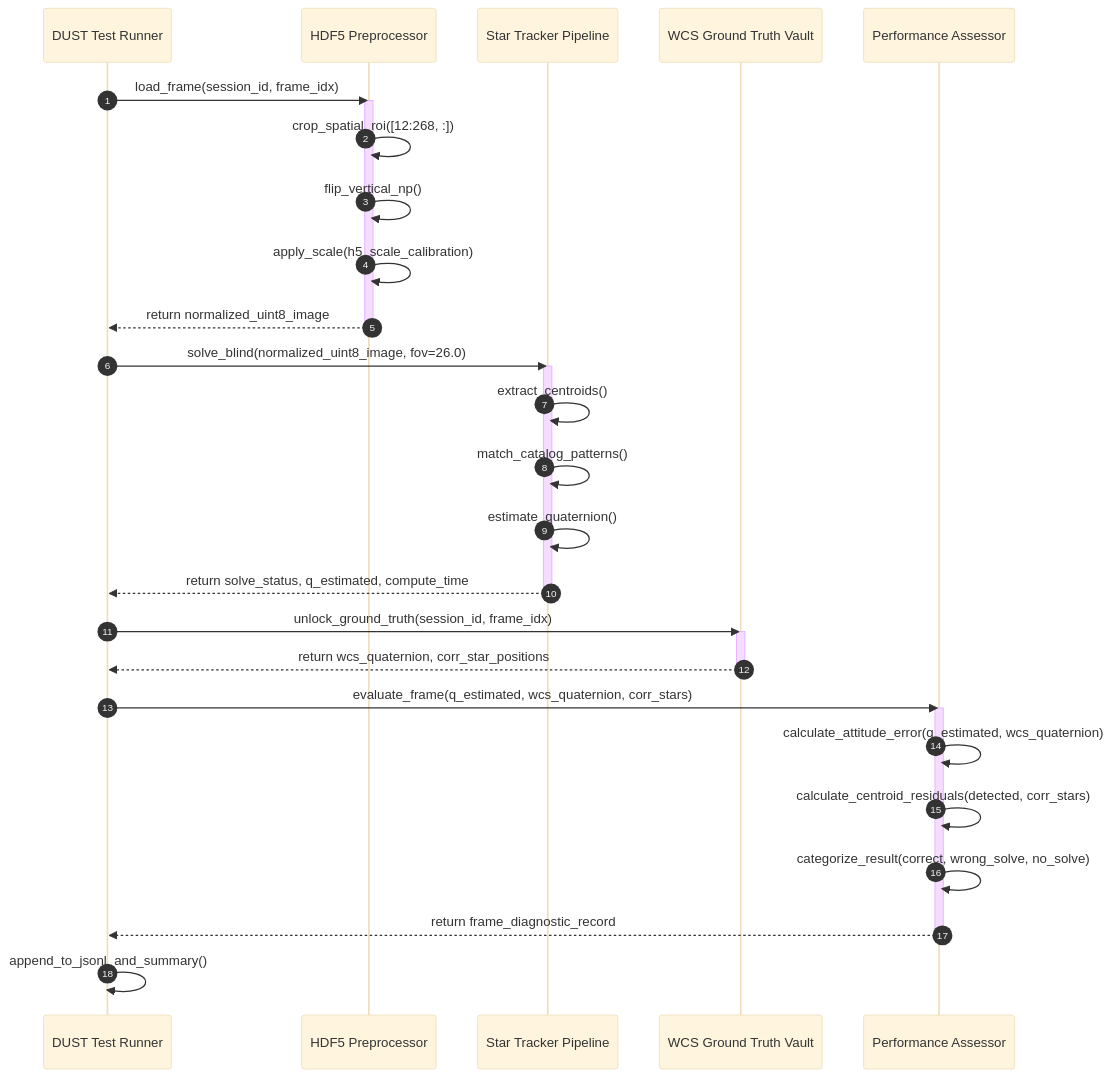
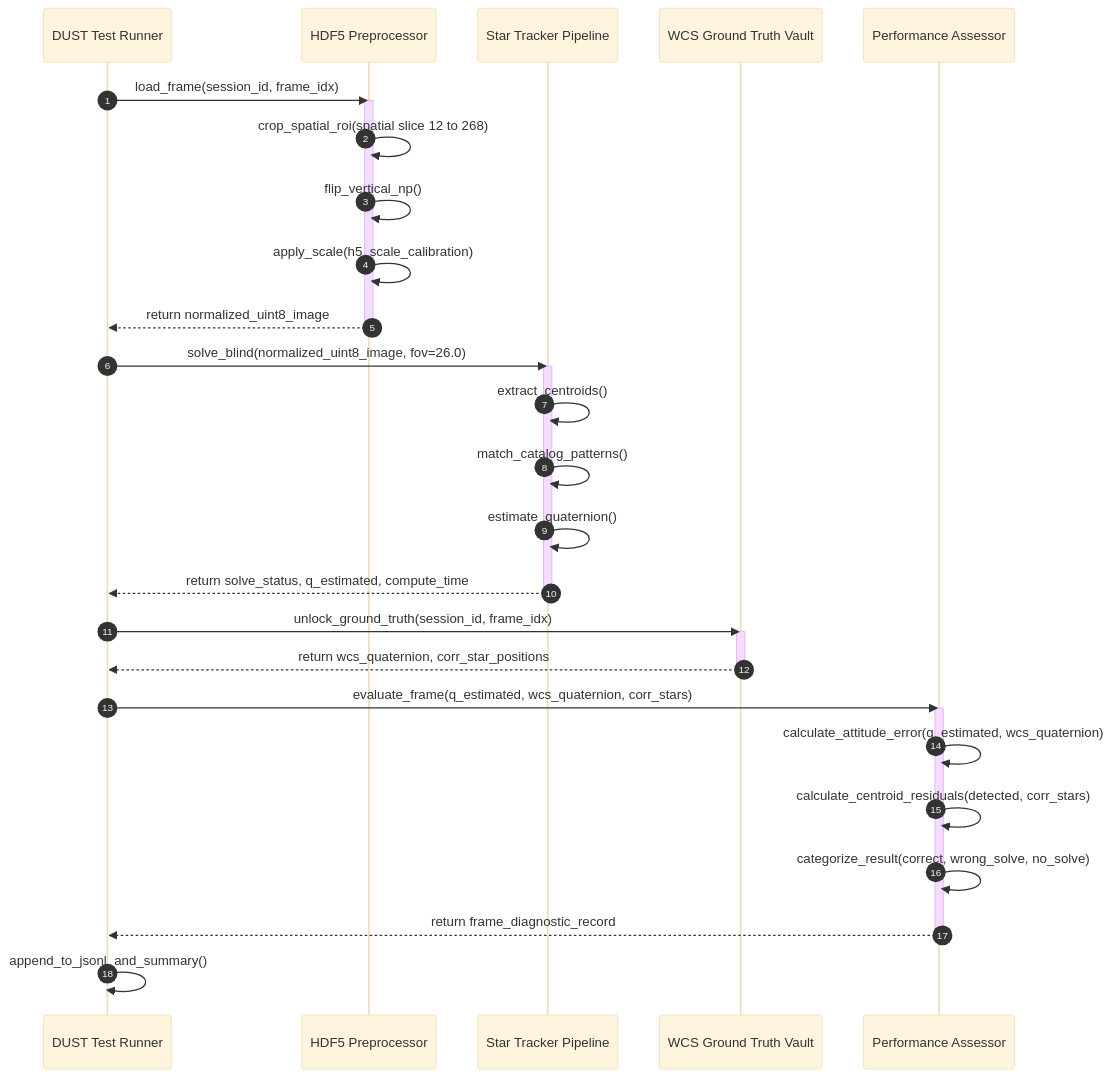
One commit to itschnmy/usseg_startracker changed the second of 3 diagrams in docs/04_sequence_diagrams.md. Above: the diagram before and after it, drawn with Mermaid (base theme). The commit also changed other lines of this file and 2 other files, not shown here.

Commit message:
fix: resolve mermaid syntax errors (angle brackets, cylinder syntax, and sequence brackets) across docs

````diff
--- a/docs/04_sequence_diagrams.md
+++ b/docs/04_sequence_diagrams.md
@@ -81,39 +81,39 @@
 ```mermaid
 sequenceDiagram
     autonumber
     participant Runner as DUST Test Runner
     participant Preproc as HDF5 Preprocessor
     participant Pipe as Star Tracker Pipeline
     participant Vault as WCS Ground Truth Vault
     participant Assessor as Performance Assessor
 
     Runner->>Preproc: load_frame(session_id, frame_idx)
     activate Preproc
-    Preproc->>Preproc: crop_spatial_roi([12:268, :])
+    Preproc->>Preproc: crop_spatial_roi(spatial slice 12 to 268)
     Preproc->>Preproc: flip_vertical_np()
     Preproc->>Preproc: apply_scale(h5_scale_calibration)
     Preproc-->>Runner: return normalized_uint8_image
     deactivate Preproc
 
     Runner->>Pipe: solve_blind(normalized_uint8_image, fov=26.0)
     activate Pipe
     Pipe->>Pipe: extract_centroids()
     Pipe->>Pipe: match_catalog_patterns()
     Pipe->>Pipe: estimate_quaternion()
     Pipe-->>Runner: return solve_status, q_estimated, compute_time
     deactivate Pipe
 
     Runner->>Vault: unlock_ground_truth(session_id, frame_idx)
     activate Vault
     Vault-->>Runner: return wcs_quaternion, corr_star_positions
     deactivate Vault
 
     Runner->>Assessor: evaluate_frame(q_estimated, wcs_quaternion, corr_stars)
     activate Assessor
     Assessor->>Assessor: calculate_attitude_error(q_estimated, wcs_quaternion)
     Assessor->>Assessor: calculate_centroid_residuals(detected, corr_stars)
     Assessor->>Assessor: categorize_result(correct, wrong_solve, no_solve)
     Assessor-->>Runner: return frame_diagnostic_record
     deactivate Assessor
     Runner->>Runner: append_to_jsonl_and_summary()
 ```
````
